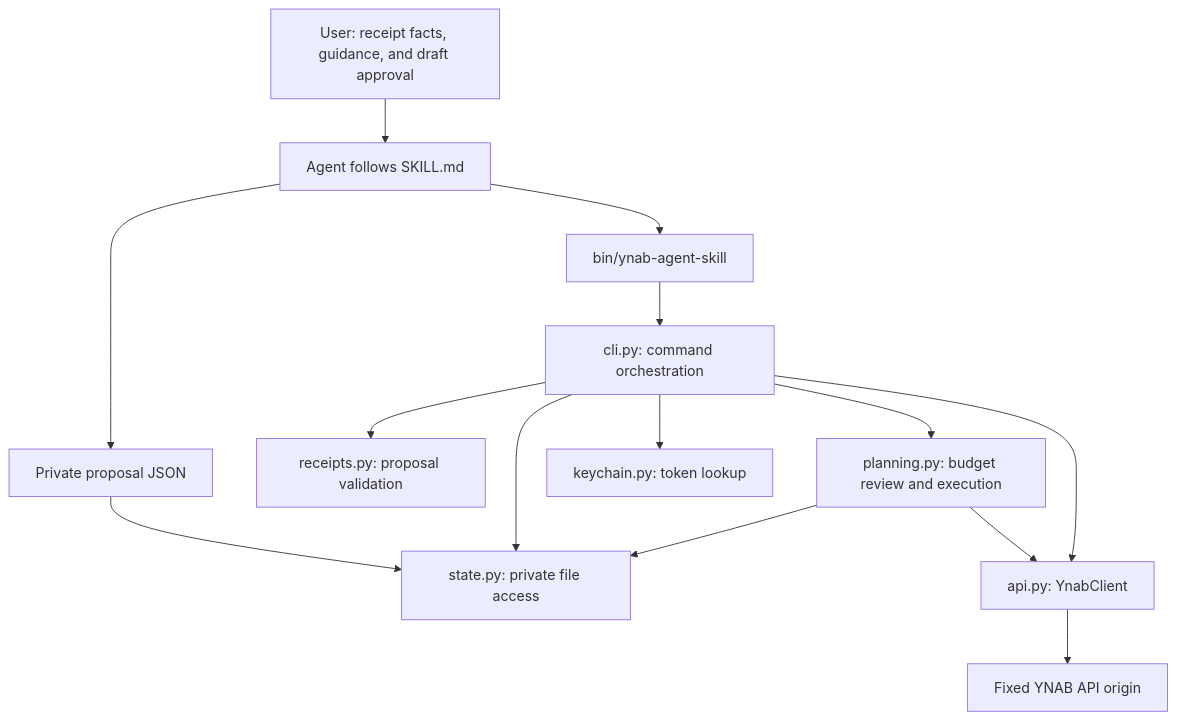
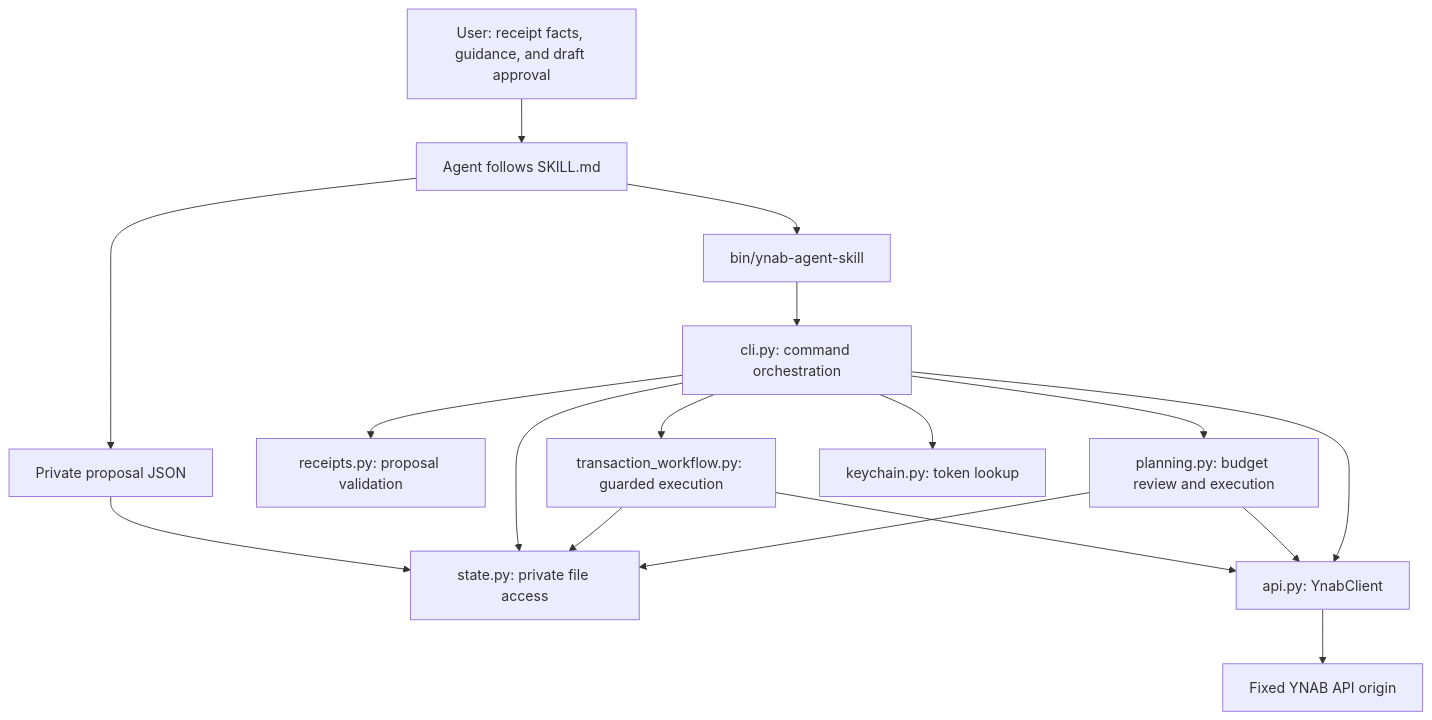
One commit to daryldimalanta/ynab-agent-skill changed the first of 2 diagrams in ARCHITECTURE.md. Above: the diagram before and after it, drawn with Mermaid. The commit also changed other lines of this file and 32 other files, not shown here.

First line of the commit message:
Harden offline validation and extract guarded transaction execution

````diff
--- a/ARCHITECTURE.md
+++ b/ARCHITECTURE.md
@@ -61,16 +75,19 @@
 ```mermaid
 flowchart TD
     User[User: receipt facts, guidance, and draft approval] --> Skill[Agent follows SKILL.md]
     Skill --> Proposal[Private proposal JSON]
     Skill --> Launcher[bin/ynab-agent-skill]
     Launcher --> CLI[cli.py: command orchestration]
     Proposal --> State[state.py: private file access]
     CLI --> State
     CLI --> Receipts[receipts.py: proposal validation]
+    CLI --> Workflow[transaction_workflow.py: guarded execution]
+    Workflow --> State
+    Workflow --> API
     CLI --> Planning[planning.py: budget review and execution]
     Planning --> State
     Planning --> API
     CLI --> Keychain[keychain.py: token lookup]
     CLI --> API[api.py: YnabClient]
     API --> YNAB[Fixed YNAB API origin]
 ```
````
